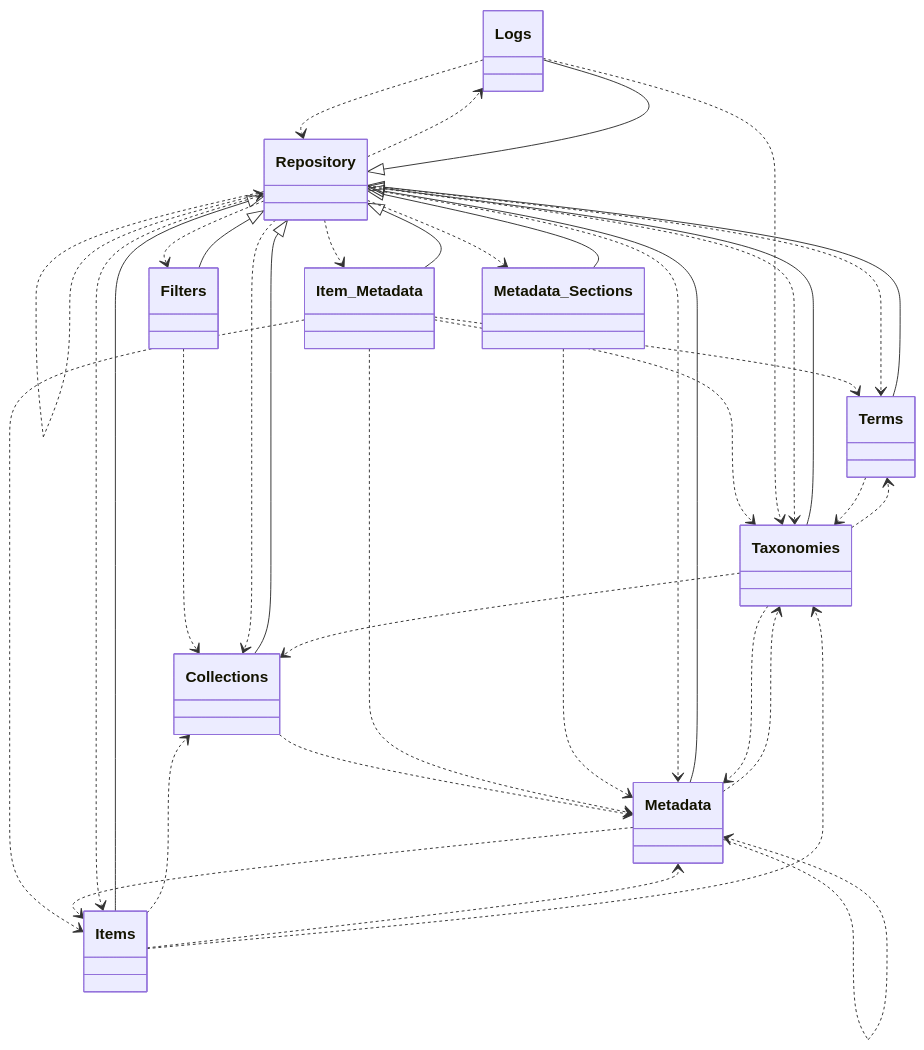
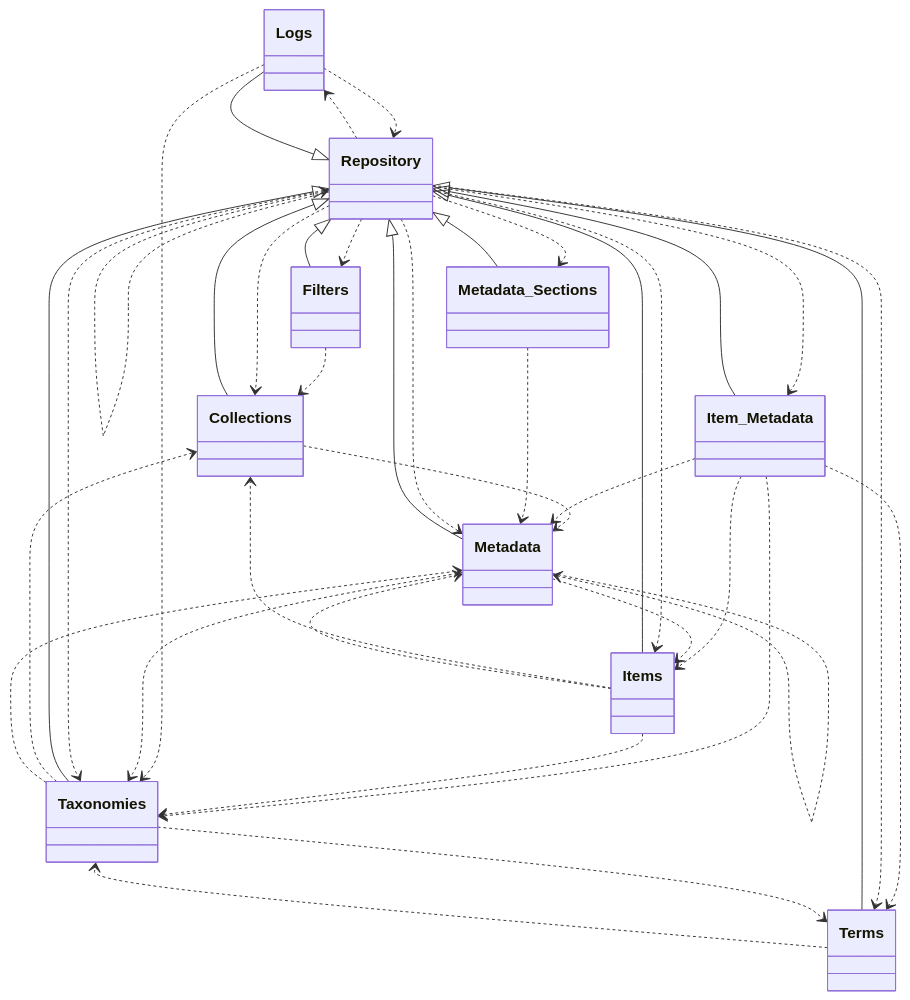
One commit to tainacan/tainacan changed diagram 12 of 13 in docs/phpdoc/Home.md. Above: the diagram before and after it, drawn with Mermaid. The commit also changed other lines of this file and 95 other files, not shown here.

````diff
--- a/docs/phpdoc/Home.md
+++ b/docs/phpdoc/Home.md
@@ -693,53 +693,53 @@
 ```mermaid
 classDiagram
     direction TB
+    class Logs { }
+    class Filters { }
+    class Taxonomies { }
     class Terms { }
+    class Metadata { }
+    class Repository { }
+    class Items { }
     class Logs { }
     class Item_Metadata { }
-    class Taxonomies { }
-    class Logs { }
-    class Items { }
-    class Filters { }
-    class Repository { }
-    class Metadata { }
+    class Collections { }
     class Metadata_Sections { }
-    class Collections { }
     Collections ..> Metadata
     Filters ..> Collections
     Item_Metadata ..> Items
     Item_Metadata ..> Metadata
     Item_Metadata ..> Taxonomies
     Item_Metadata ..> Terms
     Items ..> Collections
     Items ..> Metadata
     Items ..> Taxonomies
     Logs ..> Repository
     Logs ..> Taxonomies
     Metadata ..> Items
     Metadata ..> Metadata
     Metadata ..> Taxonomies
     Metadata_Sections ..> Metadata
     Repository ..> Collections
     Repository ..> Filters
     Repository ..> Item_Metadata
     Repository ..> Items
     Repository ..> Logs
     Repository ..> Metadata
     Repository ..> Metadata_Sections
     Repository ..> Repository
     Repository ..> Taxonomies
     Repository ..> Terms
     Repository <|-- Collections
     Repository <|-- Filters
     Repository <|-- Item_Metadata
     Repository <|-- Items
     Repository <|-- Logs
     Repository <|-- Metadata
     Repository <|-- Metadata_Sections
     Repository <|-- Taxonomies
     Repository <|-- Terms
     Taxonomies ..> Collections
     Taxonomies ..> Metadata
     Taxonomies ..> Terms
     Terms ..> Taxonomies
 ```
````
